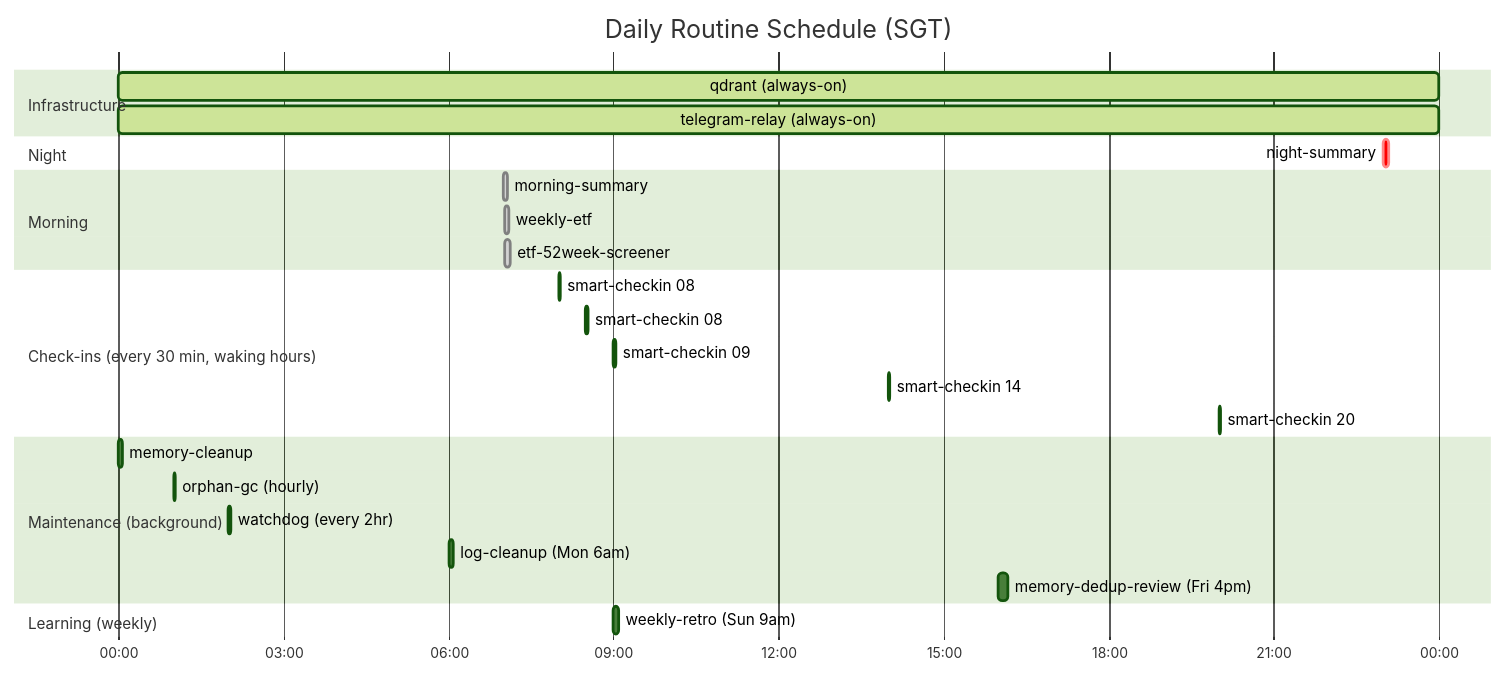
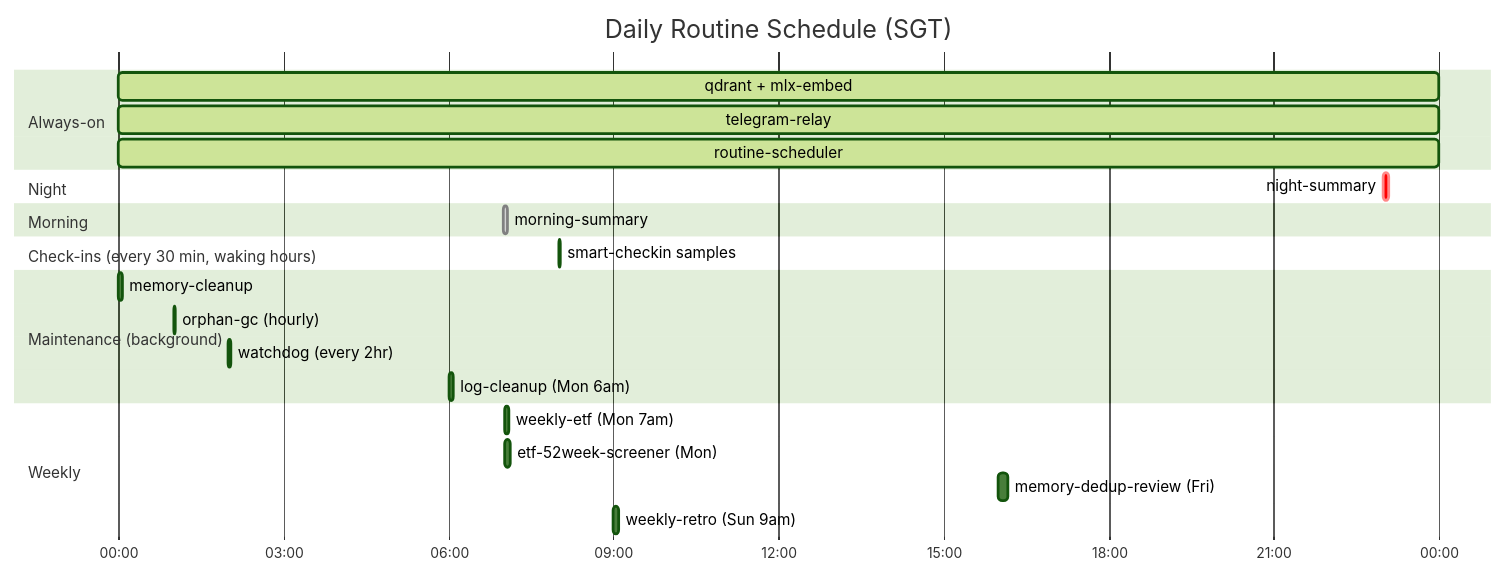
Before and after one commit to furi-wigt/claude-telegram-relay: the second of 3 diagrams in docs/routines-system.md, drawn with Mermaid (forest theme). The commit also changed other lines of this file and 27 other files, not shown here.

````diff
--- a/docs/routines-system.md
+++ b/docs/routines-system.md
@@ -99,35 +105,32 @@
 ```mermaid
 gantt
     title Daily Routine Schedule (SGT)
     dateFormat HH:mm
     axisFormat %H:%M
 
-    section Infrastructure
-    qdrant (always-on)       :active, 00:00, 24h
-    telegram-relay (always-on) :active, 00:00, 24h
+    section Always-on
+    qdrant + mlx-embed        :active, 00:00, 24h
+    telegram-relay            :active, 00:00, 24h
+    routine-scheduler         :active, 00:00, 24h
 
     section Night
     night-summary             :crit, 23:00, 5m
 
     section Morning
     morning-summary           :done, 07:00, 5m
-    weekly-etf                :done, 07:01, 5m
-    etf-52week-screener       :done, 07:02, 5m
 
     section Check-ins (every 30 min, waking hours)
-    smart-checkin 08:00       :active, 08:00, 2m
-    smart-checkin 08:30       :active, 08:30, 2m
-    smart-checkin 09:00       :active, 09:00, 2m
-    smart-checkin 14:00       :active, 14:00, 2m
-    smart-checkin 20:00       :active, 20:00, 2m
+    smart-checkin samples     :active, 08:00, 2m
 
     section Maintenance (background)
     memory-cleanup            :00:00, 5m
     orphan-gc (hourly)        :01:00, 2m
     watchdog (every 2hr)      :02:00, 3m
     log-cleanup (Mon 6am)     :06:00, 5m
-    memory-dedup-review (Fri 4pm) :16:00, 10m
 
-    section Learning (weekly)
+    section Weekly
+    weekly-etf (Mon 7am)      :07:01, 5m
+    etf-52week-screener (Mon) :07:02, 5m
+    memory-dedup-review (Fri) :16:00, 10m
     weekly-retro (Sun 9am)    :09:00, 5m
 ```
````
